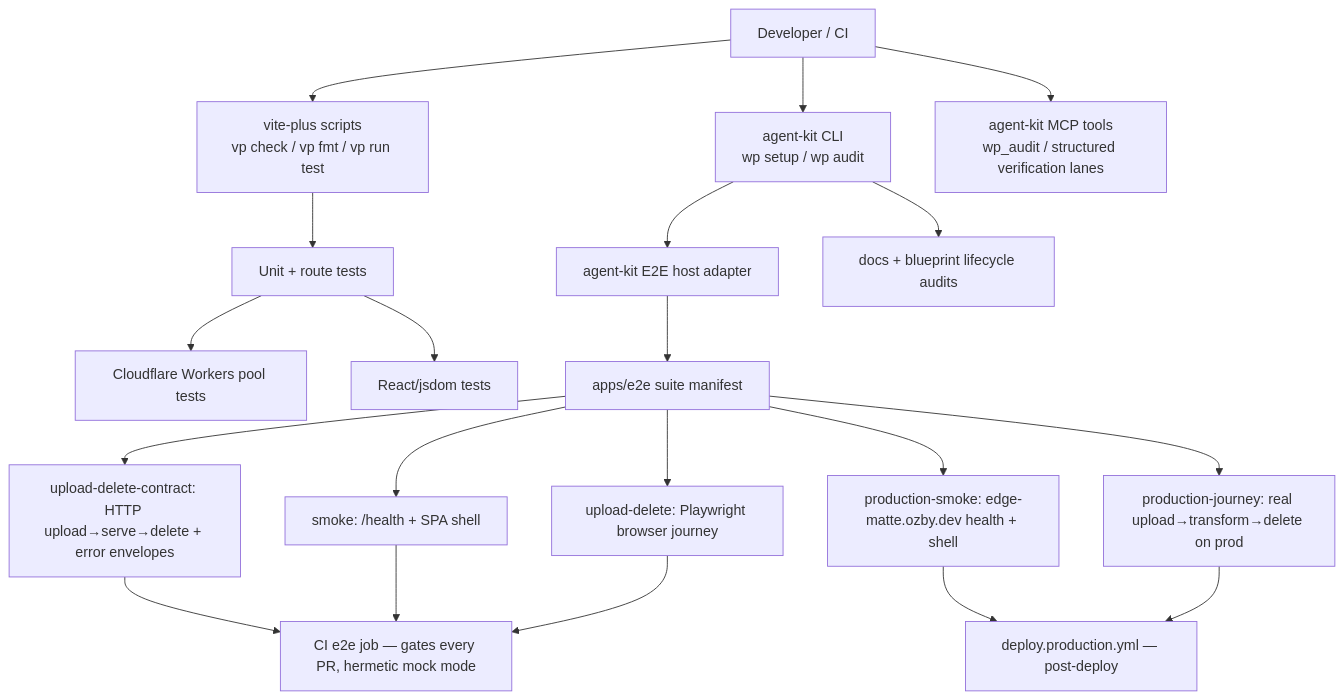
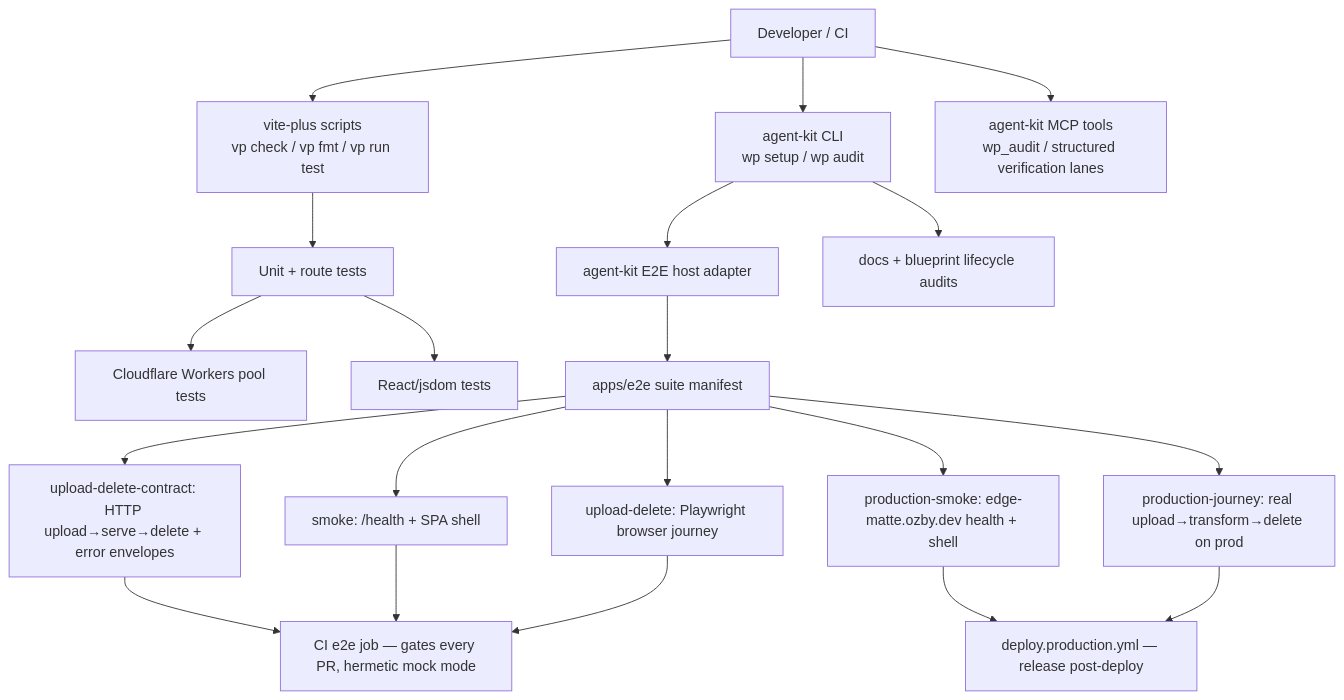
One commit to ozby/edge-matte changed the eighth of 10 diagrams in docs/architecture.md. Above: the diagram before and after it, drawn with Mermaid. The commit also changed other lines of this file and 34 other files, not shown here.

````diff
--- a/docs/architecture.md
+++ b/docs/architecture.md
@@ -265,26 +267,26 @@
 ```mermaid
 flowchart TD
     DEV[Developer / CI] --> VP[vite-plus scripts<br/>vp check / vp fmt / vp run test]
     DEV --> WP[agent-kit CLI<br/>wp setup / wp audit]
     DEV --> MCP[agent-kit MCP tools<br/>wp_audit / structured verification lanes]
 
     VP --> UNIT[Unit + route tests]
     UNIT --> WORKERS[Cloudflare Workers pool tests]
     UNIT --> REACT[React/jsdom tests]
 
     WP --> E2E[agent-kit E2E host adapter]
     E2E --> MANIFEST[apps/e2e suite manifest]
     MANIFEST --> CONTRACT[upload-delete-contract: HTTP upload→serve→delete + error envelopes]
     MANIFEST --> SMOKE[smoke: /health + SPA shell]
     MANIFEST --> UPLOAD[upload-delete: Playwright browser journey]
     MANIFEST --> PROD[production-smoke: edge-matte.ozby.dev health + shell]
     MANIFEST --> PRODJOURNEY[production-journey: real upload→transform→delete on prod]
 
     CONTRACT --> PRGATE[CI e2e job — gates every PR, hermetic mock mode]
     SMOKE --> PRGATE
     UPLOAD --> PRGATE
-    PROD --> POSTDEPLOY[deploy.production.yml — post-deploy]
+    PROD --> POSTDEPLOY[deploy.production.yml — release post-deploy]
     PRODJOURNEY --> POSTDEPLOY
 
     WP --> DOCS[docs + blueprint lifecycle audits]
 ```
````
